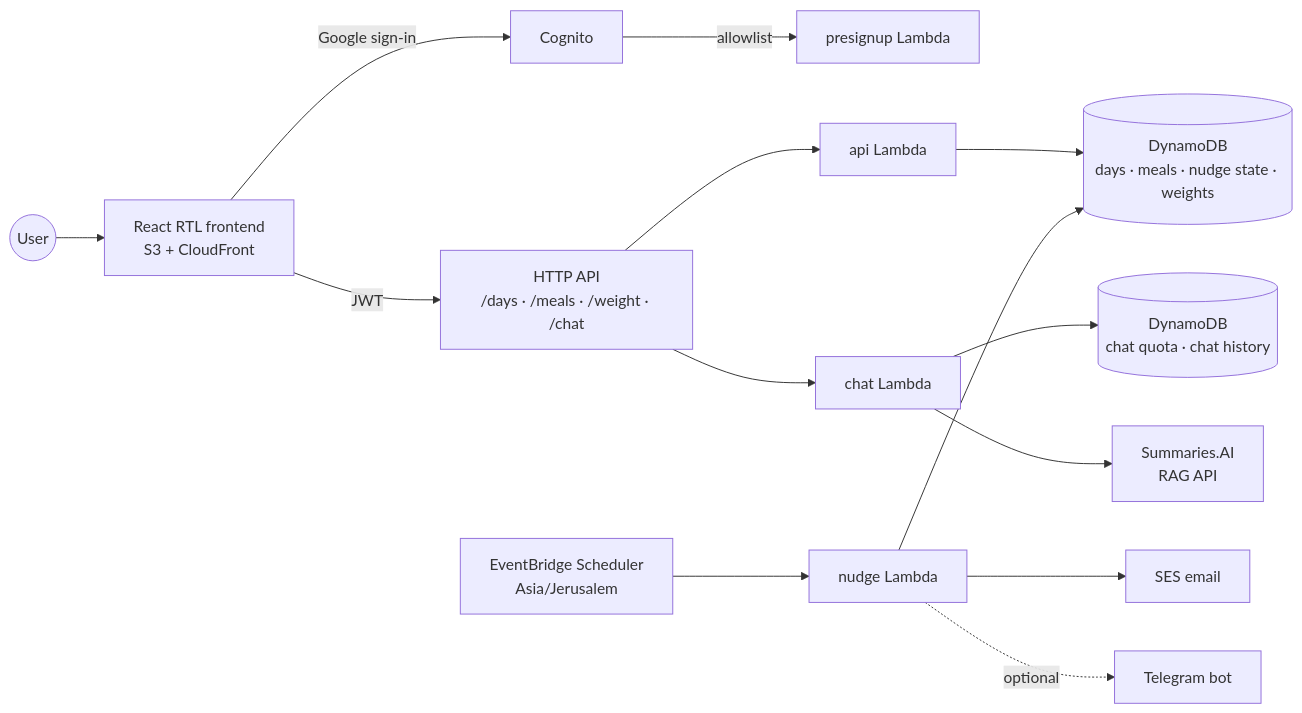
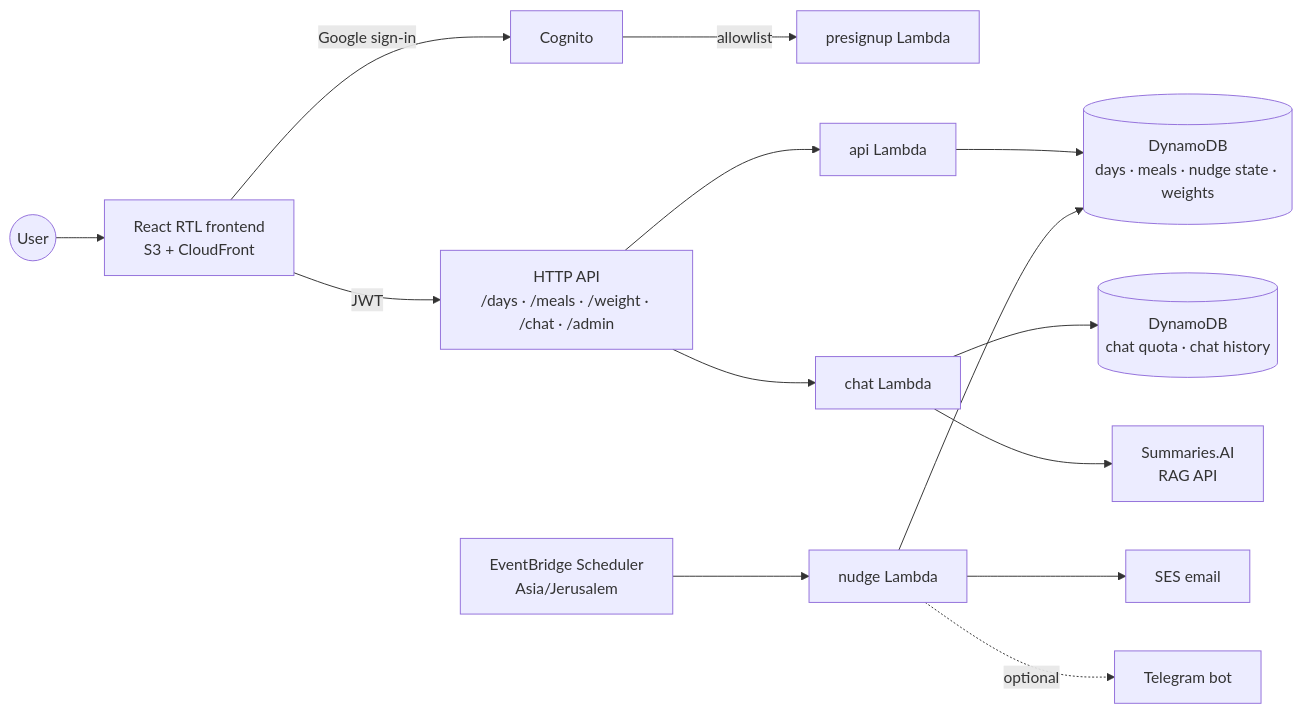
Before and after one commit to erancha/diet-tracker: the diagram in README.md, drawn with Mermaid. The commit also changed other lines of this file and 14 other files, not shown here.

````diff
--- a/README.md
+++ b/README.md
@@ -64,16 +67,16 @@
 ```mermaid
 graph LR
     U((User)) --> FE[React RTL frontend<br/>S3 + CloudFront]
     FE -->|Google sign-in| COG[Cognito]
     COG -->|allowlist| PRE[presignup Lambda]
-    FE -->|JWT| API[HTTP API<br/>/days · /meals · /weight · /chat]
+    FE -->|JWT| API[HTTP API<br/>/days · /meals · /weight · /chat · /admin]
     API --> APIL[api Lambda]
     API --> CHATL[chat Lambda]
     APIL --> DB[(DynamoDB<br/>days · meals · nudge state · weights)]
     CHATL --> CDB[(DynamoDB<br/>chat quota · chat history)]
     CHATL --> RAG[Summaries.AI<br/>RAG API]
     SCH[EventBridge Scheduler<br/>Asia/Jerusalem] --> NUDGE[nudge Lambda]
     NUDGE --> DB
     NUDGE --> SES[SES email]
     NUDGE -.optional.-> TG[Telegram bot]
 ```
````
